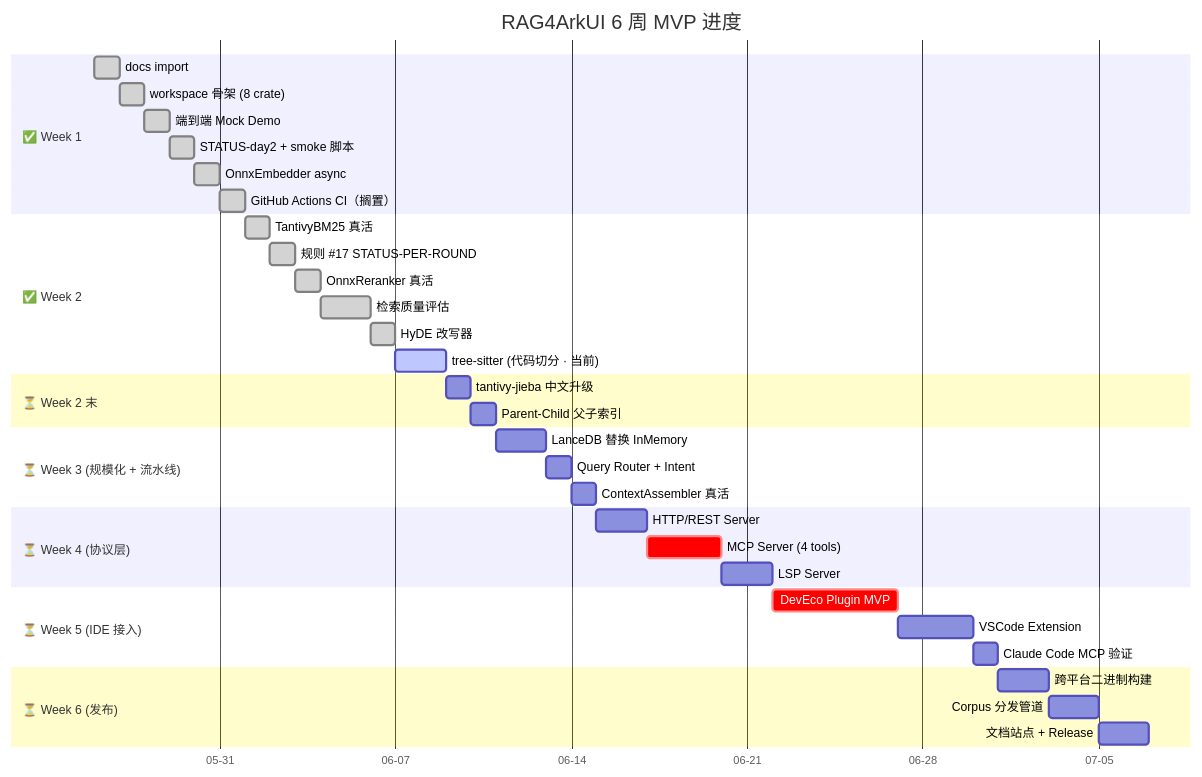
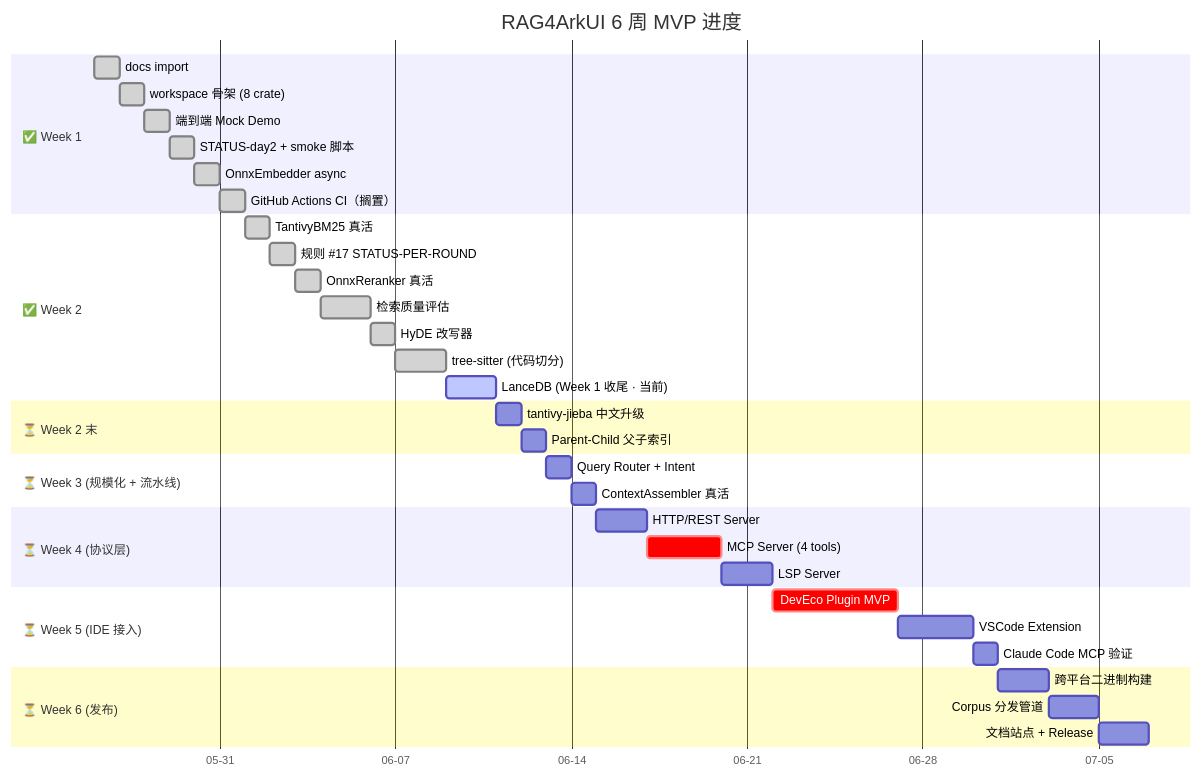
The diagram in docs/ROADMAP.md (LeoG1022/RAG4ArkUI), drawn with Mermaid before and after one commit. The commit also changed other lines of this file and 13 other files, not shown here.

````diff
--- a/docs/ROADMAP.md
+++ b/docs/ROADMAP.md
@@ -22,46 +22,46 @@
 ```mermaid
 gantt
     title RAG4ArkUI 6 周 MVP 进度
     dateFormat YYYY-MM-DD
     axisFormat %m-%d
 
     section ✅ Week 1
     docs import                    :done,    d0, 2026-05-26, 1d
     workspace 骨架 (8 crate)         :done,    d1, after d0, 1d
     端到端 Mock Demo                 :done,    d2, after d1, 1d
     STATUS-day2 + smoke 脚本         :done,    d25, after d2, 1d
     OnnxEmbedder async              :done,    d3, after d25, 1d
     GitHub Actions CI（搁置）       :done,    d35, after d3, 1d
 
     section ✅ Week 2
     TantivyBM25 真活                 :done,    d4, after d35, 1d
     规则 #17 STATUS-PER-ROUND       :done,    bsr, after d4, 1d
     OnnxReranker 真活                :done,    d5, after bsr, 1d
     检索质量评估                     :done,    d6, after d5, 2d
     HyDE 改写器                      :done,    d7, after d6, 1d
-    tree-sitter (代码切分 · 当前)    :active,  d10, after d7, 2d
+    tree-sitter (代码切分)           :done,    d10, after d7, 2d
+    LanceDB (Week 1 收尾 · 当前)     :active,  d9, after d10, 2d
 
     section ⏳ Week 2 末
-    tantivy-jieba 中文升级           :         d8, after d10, 1d
+    tantivy-jieba 中文升级           :         d8, after d9, 1d
     Parent-Child 父子索引            :         d11, after d8, 1d
 
     section ⏳ Week 3 (规模化 + 流水线)
-    LanceDB 替换 InMemory           :         d9, after d11, 2d
-    Query Router + Intent           :         d12, after d9, 1d
+    Query Router + Intent           :         d12, after d11, 1d
     ContextAssembler 真活            :         d13, after d12, 1d
 
     section ⏳ Week 4 (协议层)
     HTTP/REST Server                :         d14, after d13, 2d
     MCP Server (4 tools)            :crit,    d15, after d14, 3d
     LSP Server                      :         d16, after d15, 2d
 
     section ⏳ Week 5 (IDE 接入)
     DevEco Plugin MVP               :crit,    d17, after d16, 5d
     VSCode Extension                :         d18, after d17, 3d
     Claude Code MCP 验证            :         d19, after d18, 1d
 
     section ⏳ Week 6 (发布)
     跨平台二进制构建                  :         d20, after d19, 2d
     Corpus 分发管道                 :         d21, after d20, 2d
     文档站点 + Release              :         d22, after d21, 2d
 ```
````
